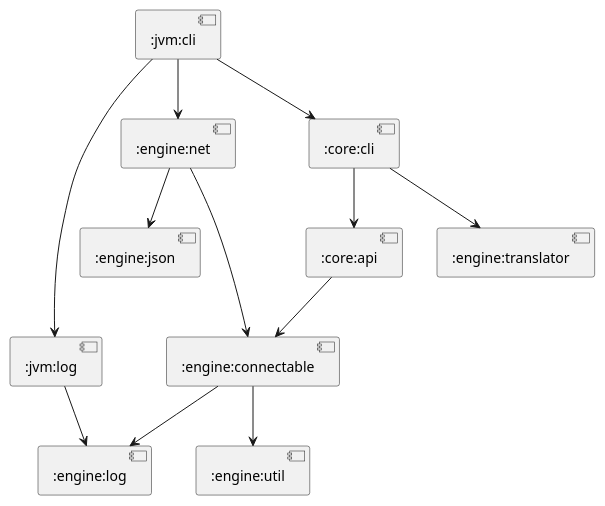
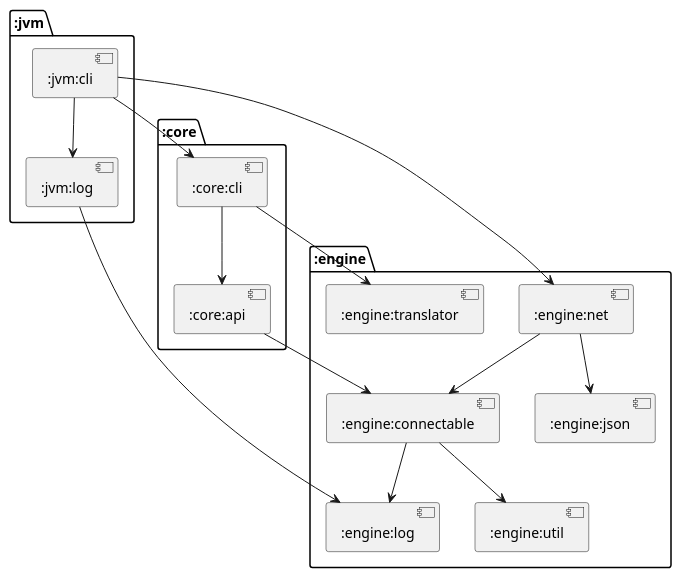
The diagram in docs/modules/puml/:jvm:cli.puml (cryptopunkscc/crypton), drawn with PlantUML before and after one commit. The commit also changed 9 other files, not shown here.

Commit message:
Group modules in uml

```diff
--- a/docs/modules/puml/:jvm:cli.puml
+++ b/docs/modules/puml/:jvm:cli.puml
@@ -1,13 +1,29 @@
 @startuml
+package ":engine" {
+[:engine:net]
+[:engine:connectable]
+[:engine:json]
+[:engine:util]
+[:engine:log]
+[:engine:translator]
+}
+package ":jvm" {
+[:jvm:log]
+[:jvm:cli]
+}
+package ":core" {
+[:core:cli]
+[:core:api]
+}
 [:engine:net] --> [:engine:connectable]
 [:engine:net] --> [:engine:json]
 [:jvm:log] --> [:engine:log]
 [:core:cli] --> [:engine:translator]
 [:core:cli] --> [:core:api]
 [:engine:connectable] --> [:engine:util]
 [:engine:connectable] --> [:engine:log]
 [:core:api] --> [:engine:connectable]
 [:jvm:cli] --> [:engine:net]
 [:jvm:cli] --> [:jvm:log]
 [:jvm:cli] --> [:core:cli]
 @enduml
```
